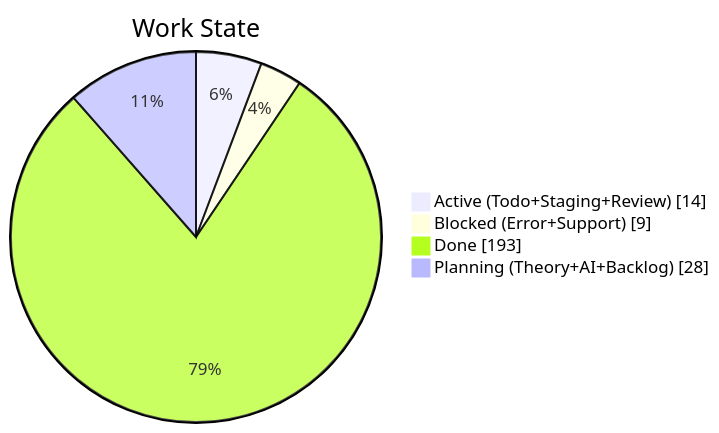
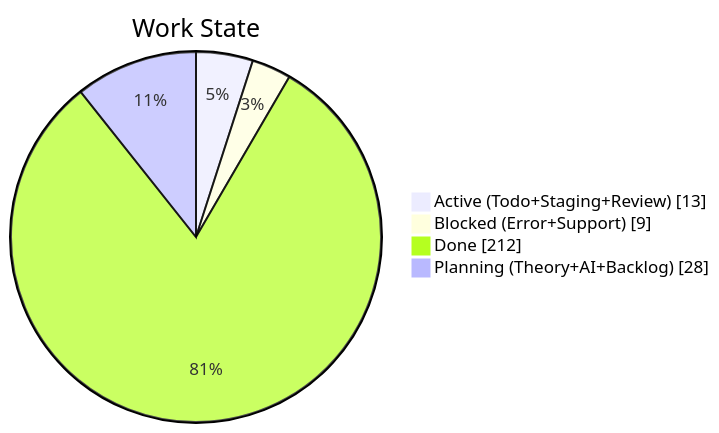
The second of 4 diagrams in apps/kbve/astro-kbve/src/content/docs/dashboard/kanban-data.mdx (KBVE/kbve), drawn with Mermaid before and after one commit. The commit also changed other lines of this file and 8 other files, not shown here.

````diff
--- a/apps/kbve/astro-kbve/src/content/docs/dashboard/kanban-data.mdx
+++ b/apps/kbve/astro-kbve/src/content/docs/dashboard/kanban-data.mdx
@@ -68,8 +67,8 @@
 ```mermaid
 pie showData
     title Work State
-    "Active (Todo+Staging+Review)" : 14
+    "Active (Todo+Staging+Review)" : 13
     "Blocked (Error+Support)" : 9
-    "Done" : 193
+    "Done" : 212
     "Planning (Theory+AI+Backlog)" : 28
 ```
````
